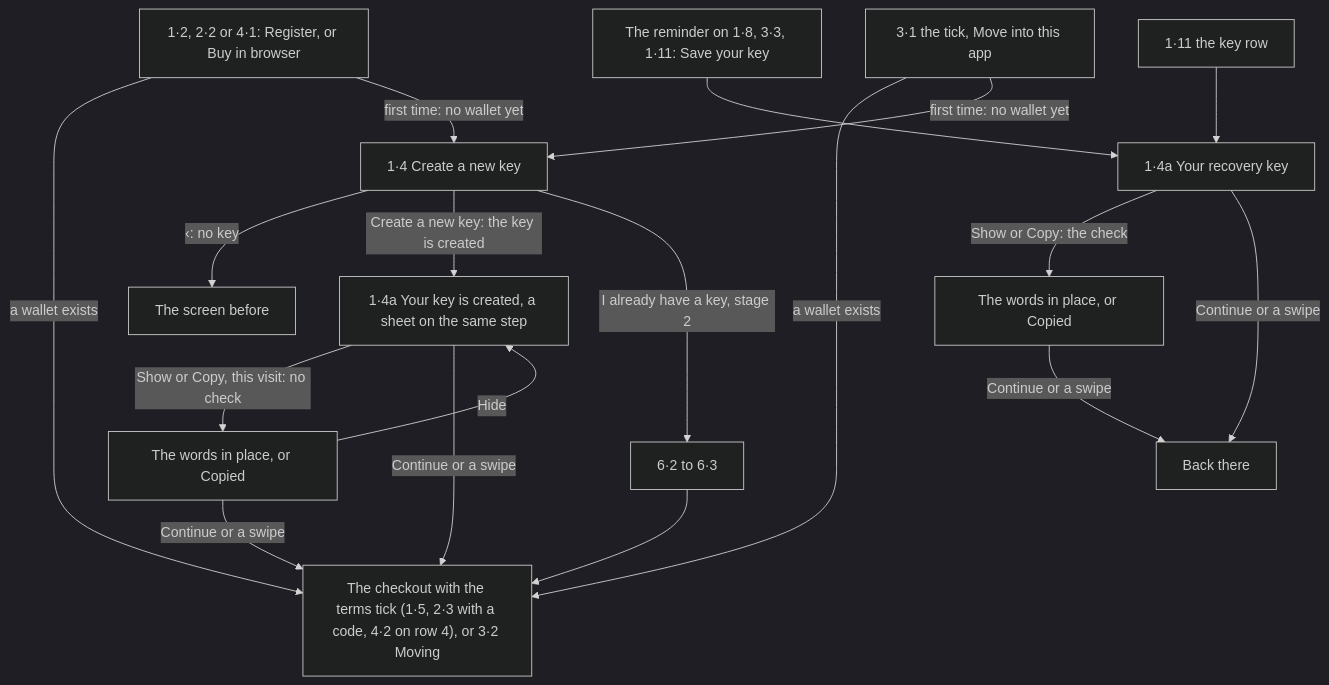
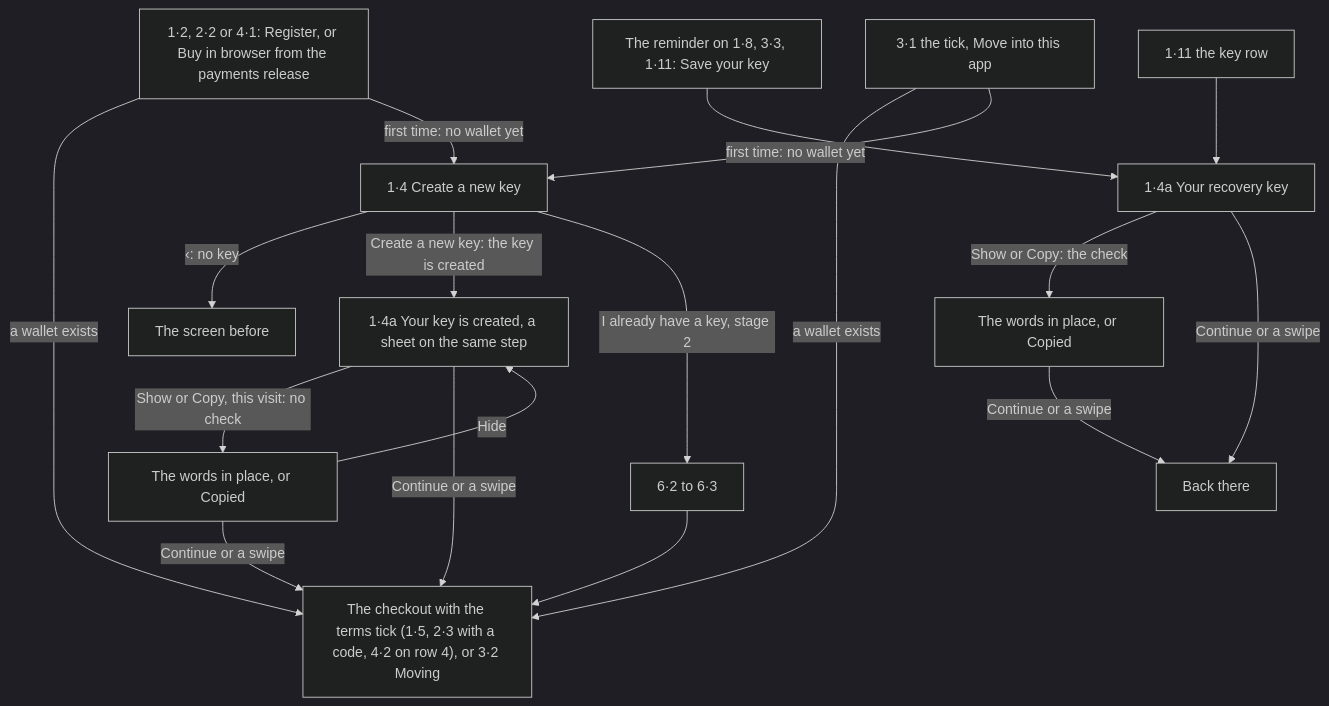
One commit to simplex-chat/simplex-chat changed the fifth of 11 diagrams in plans/2026-10-30-names-in-app-purchases.md. Above: the diagram before and after it, drawn with Mermaid (dark theme). The commit also changed other lines of this file, not shown here.

````diff
--- a/plans/2026-10-30-names-in-app-purchases.md
+++ b/plans/2026-10-30-names-in-app-purchases.md
@@ -779,20 +797,20 @@
 ```mermaid
 flowchart TD
-  search["1·2, 2·2 or 4·1: Register, or Buy in browser"] -->|"a wallet exists"| next["The checkout with the terms tick (1·5, 2·3 with a code, 4·2 on row 4), or 3·2 Moving"]
+  search["1·2, 2·2 or 4·1: Register, or Buy in browser from the payments release"] -->|"a wallet exists"| next["The checkout with the terms tick (1·5, 2·3 with a code, 4·2 on row 4), or 3·2 Moving"]
   move["3·1 the tick, Move into this app"] -->|"a wallet exists"| next
   search -->|"first time: no wallet yet"| key["1·4 Create a new key"]
   move -->|"first time: no wallet yet"| key
   key -->|"‹: no key"| before["The screen before"]
   key -->|"Create a new key: the key is created"| sheet["1·4a Your key is created, a sheet on the same step"]
   key -->|"I already have a key, stage 2"| restore["6·2 to 6·3"]
   restore --> next
   sheet -->|"Show or Copy, this visit: no check"| shown["The words in place, or Copied"]
   shown -->|Hide| sheet
   shown -->|"Continue or a swipe"| next
   sheet -->|"Continue or a swipe"| next
   reminder["The reminder on 1·8, 3·3, 1·11: Save your key"] --> later["1·4a Your recovery key"]
   row["1·11 the key row"] --> later
   later -->|"Show or Copy: the check"| shownlater["The words in place, or Copied"]
   later -->|"Continue or a swipe"| back["Back there"]
   shownlater -->|"Continue or a swipe"| back
 ```
````
